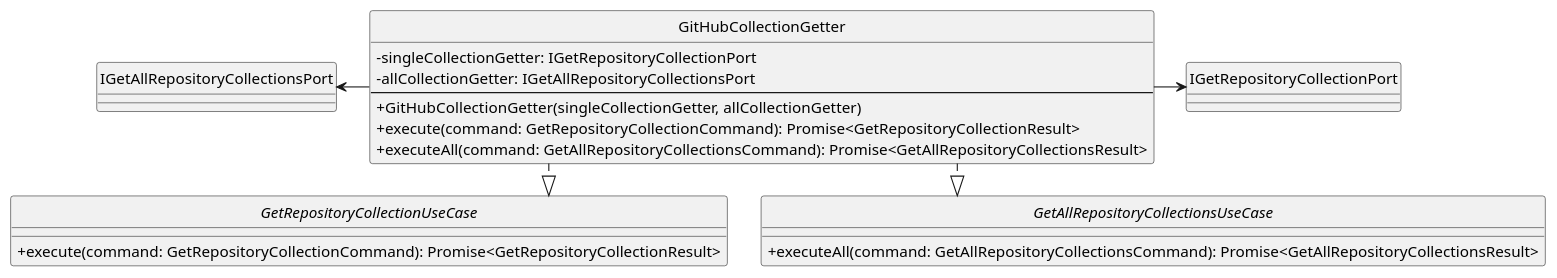
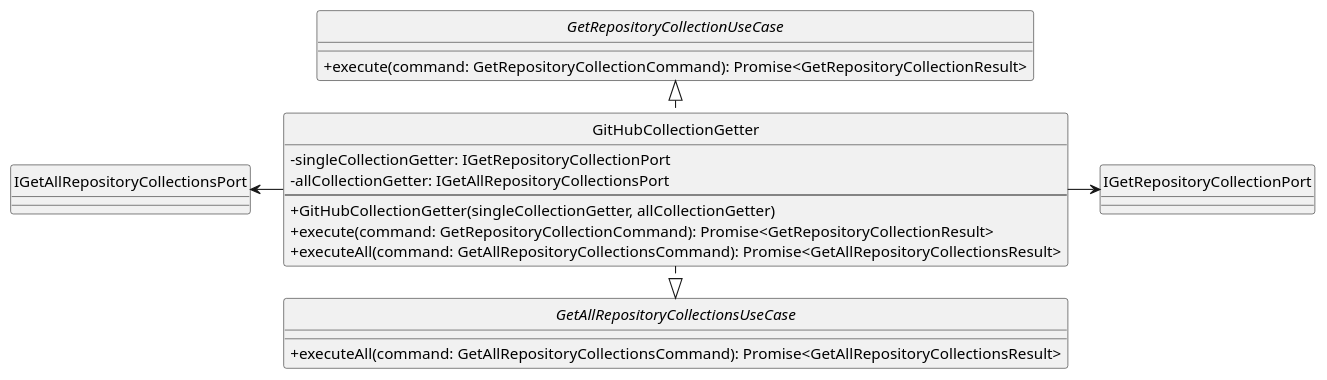
One commit to SkarabGroup/DocumentazioneProgetto changed the diagram in assets/st_diagrams/code/plantuml/analysis/application/services/gitHubCollectionGetter.as.plantuml. Above: the diagram before and after it, drawn with PlantUML. The commit also changed 45 other files, not shown here.

```diff
--- a/assets/st_diagrams/code/plantuml/analysis/application/services/gitHubCollectionGetter.as.plantuml
+++ b/assets/st_diagrams/code/plantuml/analysis/application/services/gitHubCollectionGetter.as.plantuml
@@ -1,30 +1,30 @@
 @startuml GitHubCollectionGetter
 skinparam componentStyle uml2.5
 skinparam linetype ortho
 skinparam nodesep 30
 skinparam ranksep 30
 skinparam ClassAttributeIconSize 0
 hide circles
 
 interface GetRepositoryCollectionUseCase {
     + execute(command: GetRepositoryCollectionCommand): Promise<GetRepositoryCollectionResult>
 }
 
 interface GetAllRepositoryCollectionsUseCase {
     + executeAll(command: GetAllRepositoryCollectionsCommand): Promise<GetAllRepositoryCollectionsResult>
 }
 
 class GitHubCollectionGetter {
     - singleCollectionGetter: IGetRepositoryCollectionPort
     - allCollectionGetter: IGetAllRepositoryCollectionsPort
     ---
     + GitHubCollectionGetter(singleCollectionGetter, allCollectionGetter)
     + execute(command: GetRepositoryCollectionCommand): Promise<GetRepositoryCollectionResult>
     + executeAll(command: GetAllRepositoryCollectionsCommand): Promise<GetAllRepositoryCollectionsResult>
 }
 
-GitHubCollectionGetter ..|> GetRepositoryCollectionUseCase
+GitHubCollectionGetter ..up|> GetRepositoryCollectionUseCase
 GitHubCollectionGetter ..|> GetAllRepositoryCollectionsUseCase
 GitHubCollectionGetter --right-> IGetRepositoryCollectionPort
 GitHubCollectionGetter --left-> IGetAllRepositoryCollectionsPort
 @enduml
```
